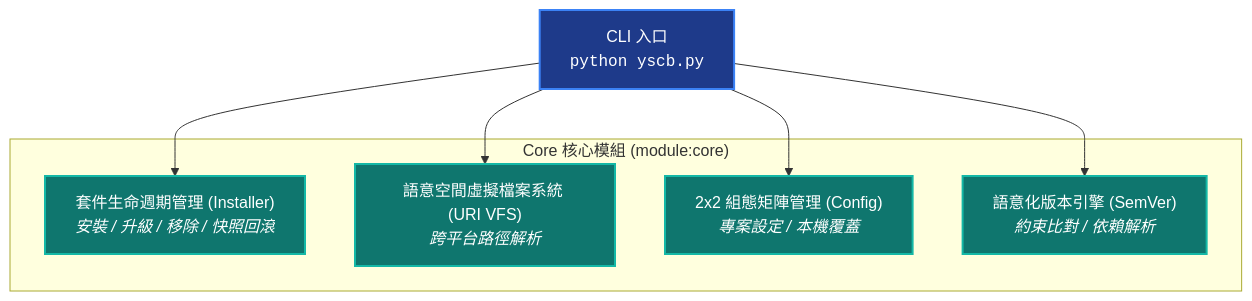
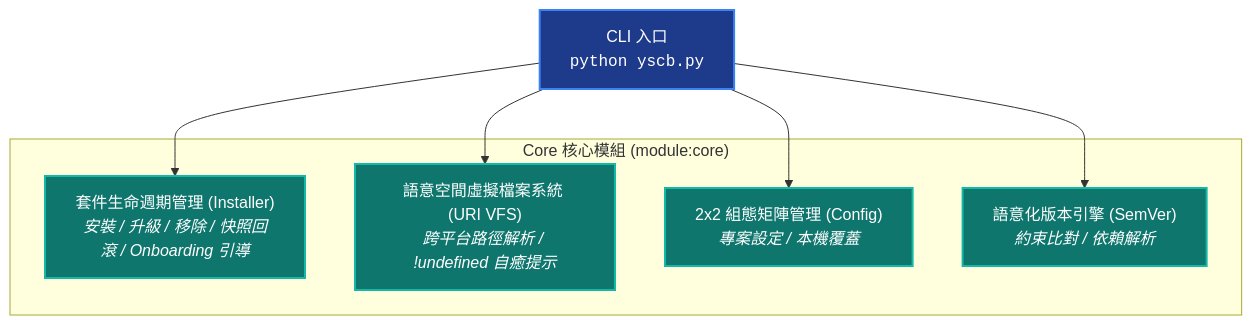
One commit to ysnaive/ys-codebase changed the diagram in ys_codebase/source/core/README.md. Above: the diagram before and after it, drawn with Mermaid. The commit also changed other lines of this file and 32 other files, not shown here.

Commit message:
feat(onboarding): overhaul downstream quickstart docs, add CLI next-steps banners and actionable URI quick-fix hints

````diff
--- a/ys_codebase/source/core/README.md
+++ b/ys_codebase/source/core/README.md
@@ -12,19 +32,19 @@
 ```mermaid
 graph TD
     classDef main fill:#1e3a8a,stroke:#3b82f6,stroke-width:2px,color:#fff;
     classDef sub fill:#0f766e,stroke:#14b8a6,stroke-width:2px,color:#fff;
 
     CLI["CLI 入口<br/><code>python yscb.py</code>"]:::main
 
     subgraph CoreModule ["Core 核心模組 (module:core)"]
-        Installer["套件生命週期管理 (Installer)<br/><i>安裝 / 升級 / 移除 / 快照回滾</i>"]:::sub
-        URI["語意空間虛擬檔案系統 (URI VFS)<br/><i>跨平台路徑解析</i>"]:::sub
+        Installer["套件生命週期管理 (Installer)<br/><i>安裝 / 升級 / 移除 / 快照回滾 / Onboarding 引導</i>"]:::sub
+        URI["語意空間虛擬檔案系統 (URI VFS)<br/><i>跨平台路徑解析 / !undefined 自癒提示</i>"]:::sub
         Config["2x2 組態矩陣管理 (Config)<br/><i>專案設定 / 本機覆蓋</i>"]:::sub
         SemVer["語意化版本引擎 (SemVer)<br/><i>約束比對 / 依賴解析</i>"]:::sub
     end
 
     CLI --> Installer
     CLI --> URI
     CLI --> Config
     CLI --> SemVer
 ```
````
